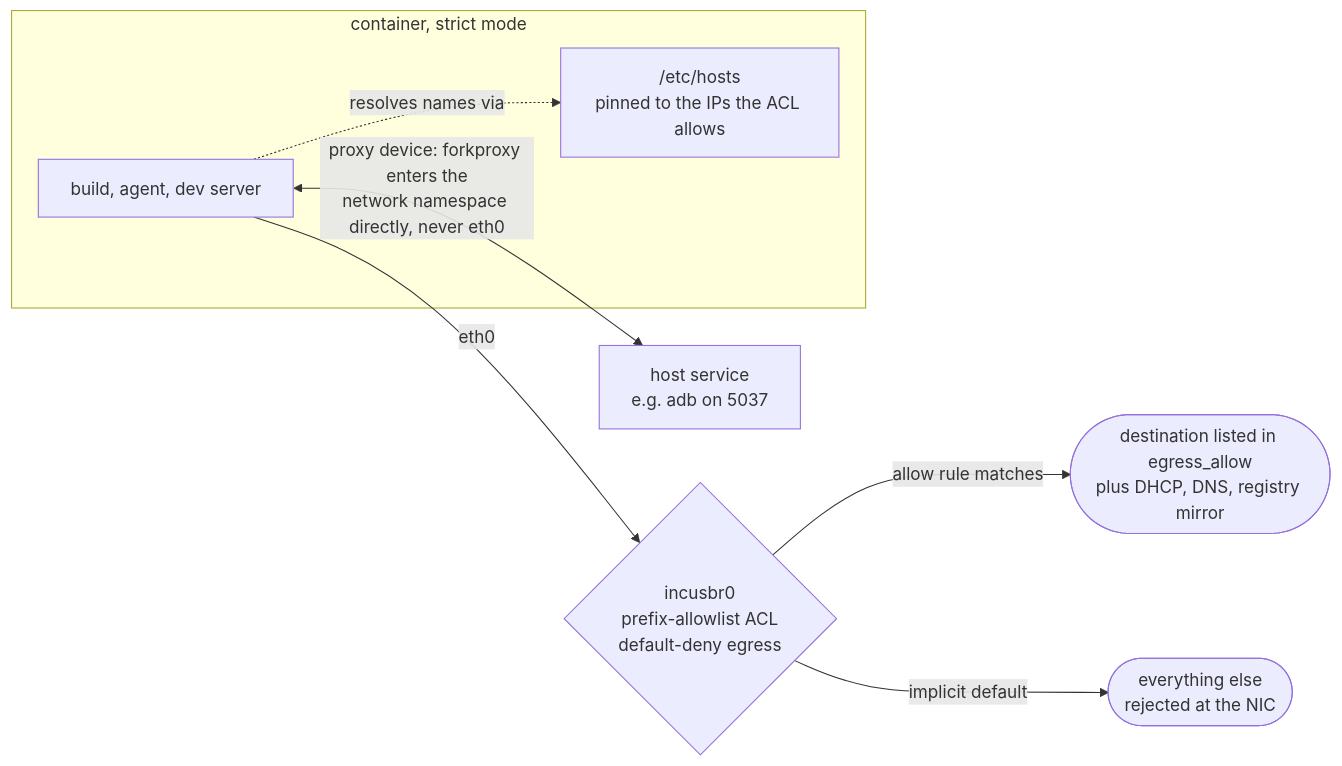
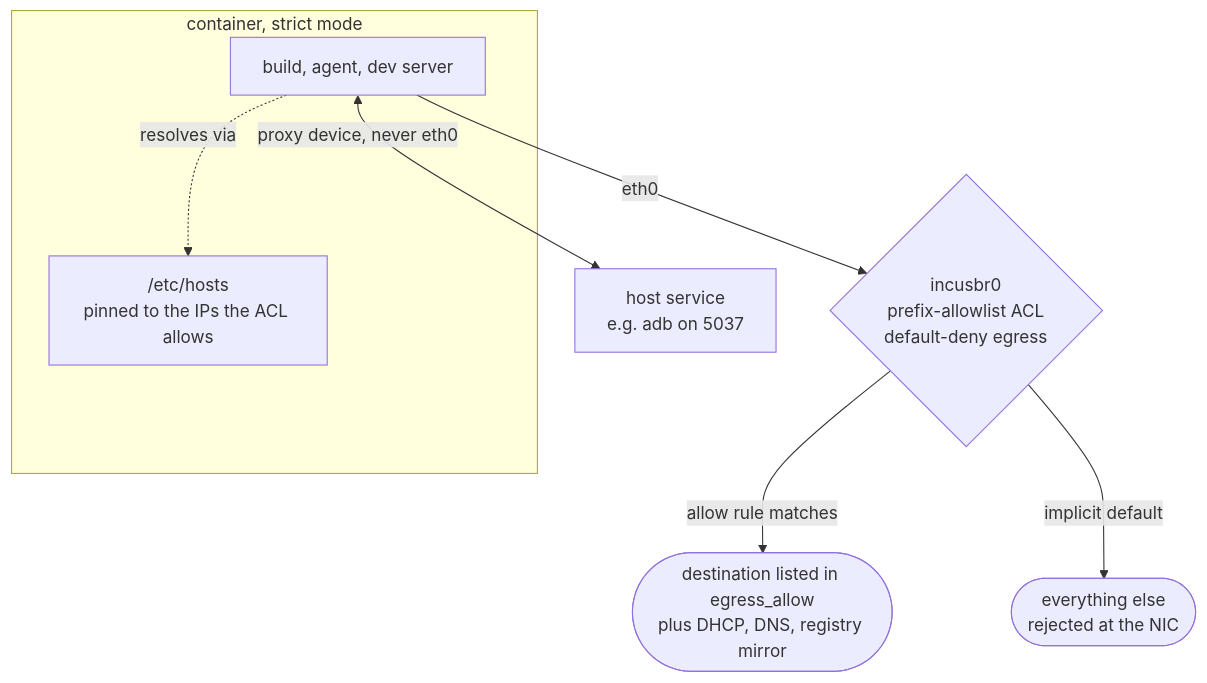
Before and after one commit to VRTFinland/jailbee: the third of 3 diagrams in docs/architecture.md, drawn with Mermaid. The commit also changed other lines of this file and 2 other files, not shown here.

First paragraph of the commit message:
fix(docs): repair what rendering the mermaid diagrams actually showed
Rendered all six blocks with mermaid-cli against the host Chrome rather
than trusting them to be right. Three findings:

````diff
--- a/docs/architecture.md
+++ b/docs/architecture.md
@@ -119,18 +118,18 @@
 ```mermaid
-flowchart LR
+flowchart TB
     subgraph CT["container, strict mode"]
         APP["build, agent, dev server"]
         HOSTS["/etc/hosts<br>pinned to the IPs the ACL allows"]
-        APP -.->|"resolves names via"| HOSTS
+        APP -.->|"resolves via"| HOSTS
     end
 
     NIC{"incusbr0<br>prefix-allowlist ACL<br>default-deny egress"}
     OK(["destination listed in egress_allow<br>plus DHCP, DNS, registry mirror"])
     NO(["everything else<br>rejected at the NIC"])
     SVC["host service<br>e.g. adb on 5037"]
 
     APP -->|"eth0"| NIC
     NIC -->|"allow rule matches"| OK
     NIC -->|"implicit default"| NO
-    APP <-->|"proxy device: forkproxy enters the<br>network namespace directly, never eth0"| SVC
+    APP <-->|"proxy device, never eth0"| SVC
 ```
````
